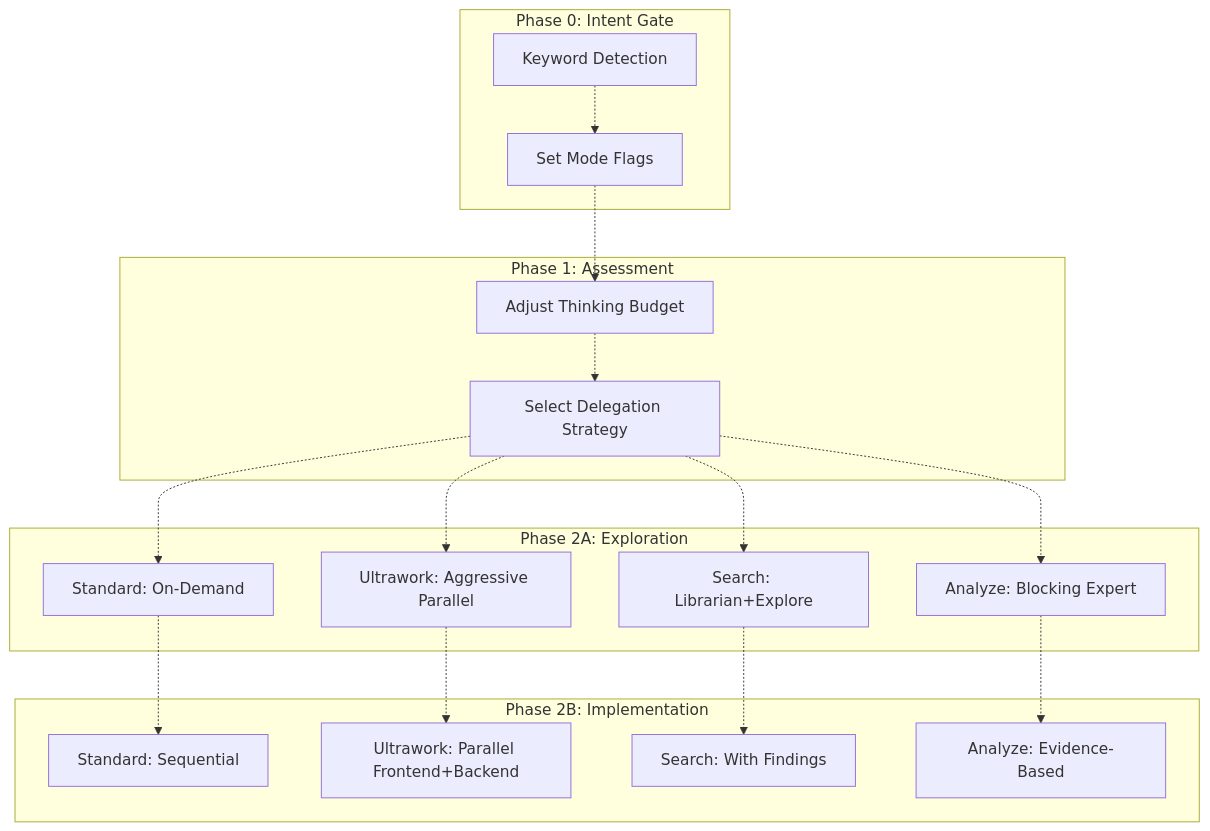
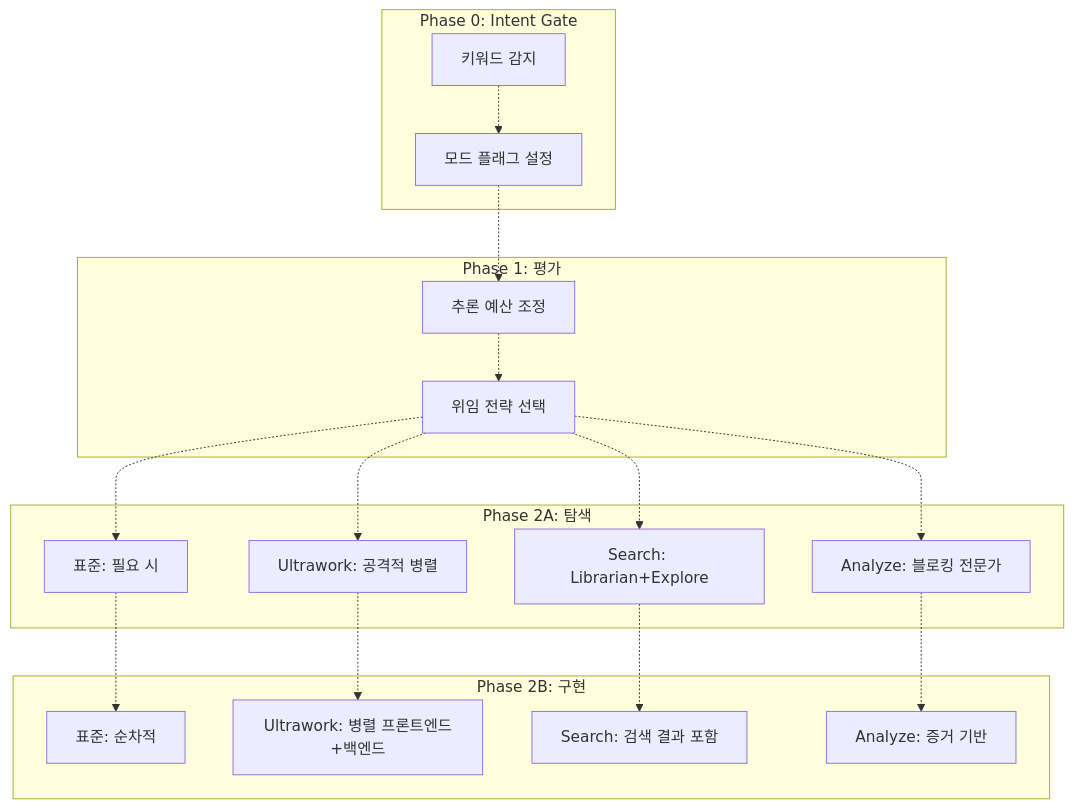
One commit to felipetruman/oh-my-opencode-docs changed the fifth of 5 diagrams in docs/advanced/keyword-modes.md. Above: the diagram before and after it, drawn with Mermaid. The commit also changed other lines of this file and 76 other files, not shown here.

````diff
--- a/docs/advanced/keyword-modes.md
+++ b/docs/advanced/keyword-modes.md
@@ -342,52 +342,52 @@
 ```mermaid
 flowchart TD
 
-KWDetect["Keyword Detection"]
-ModeSet["Set Mode Flags"]
-ThinkBudget["Adjust Thinking Budget"]
-Strategy["Select Delegation Strategy"]
-StdExplore["Standard: On-Demand"]
-UltraExplore["Ultrawork: Aggressive Parallel"]
+KWDetect["키워드 감지"]
+ModeSet["모드 플래그 설정"]
+ThinkBudget["추론 예산 조정"]
+Strategy["위임 전략 선택"]
+StdExplore["표준: 필요 시"]
+UltraExplore["Ultrawork: 공격적 병렬"]
 SearchExplore["Search: Librarian+Explore"]
-AnalyzeExplore["Analyze: Blocking Expert"]
-StdImpl["Standard: Sequential"]
-UltraImpl["Ultrawork: Parallel Frontend+Backend"]
-SearchImpl["Search: With Findings"]
-AnalyzeImpl["Analyze: Evidence-Based"]
+AnalyzeExplore["Analyze: 블로킹 전문가"]
+StdImpl["표준: 순차적"]
+UltraImpl["Ultrawork: 병렬 프론트엔드+백엔드"]
+SearchImpl["Search: 검색 결과 포함"]
+AnalyzeImpl["Analyze: 증거 기반"]
 
 ModeSet -.-> ThinkBudget
 Strategy -.-> StdExplore
 Strategy -.-> UltraExplore
 Strategy -.-> SearchExplore
 Strategy -.-> AnalyzeExplore
 StdExplore -.-> StdImpl
 UltraExplore -.-> UltraImpl
 SearchExplore -.-> SearchImpl
 AnalyzeExplore -.-> AnalyzeImpl
 
-subgraph subGraph3 ["Phase 2B: Implementation"]
+subgraph subGraph3 ["Phase 2B: 구현"]
     StdImpl
     UltraImpl
     SearchImpl
     AnalyzeImpl
 end
 
-subgraph subGraph2 ["Phase 2A: Exploration"]
+subgraph subGraph2 ["Phase 2A: 탐색"]
     StdExplore
     UltraExplore
     SearchExplore
     AnalyzeExplore
 end
 
-subgraph subGraph1 ["Phase 1: Assessment"]
+subgraph subGraph1 ["Phase 1: 평가"]
     ThinkBudget
     Strategy
     ThinkBudget -.-> Strategy
 end
 
 subgraph subGraph0 ["Phase 0: Intent Gate"]
     KWDetect
     ModeSet
     KWDetect -.-> ModeSet
 end
 ```
````
